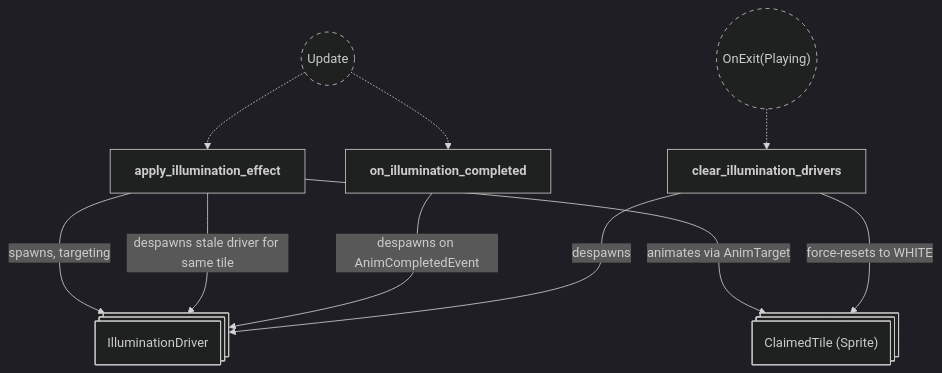
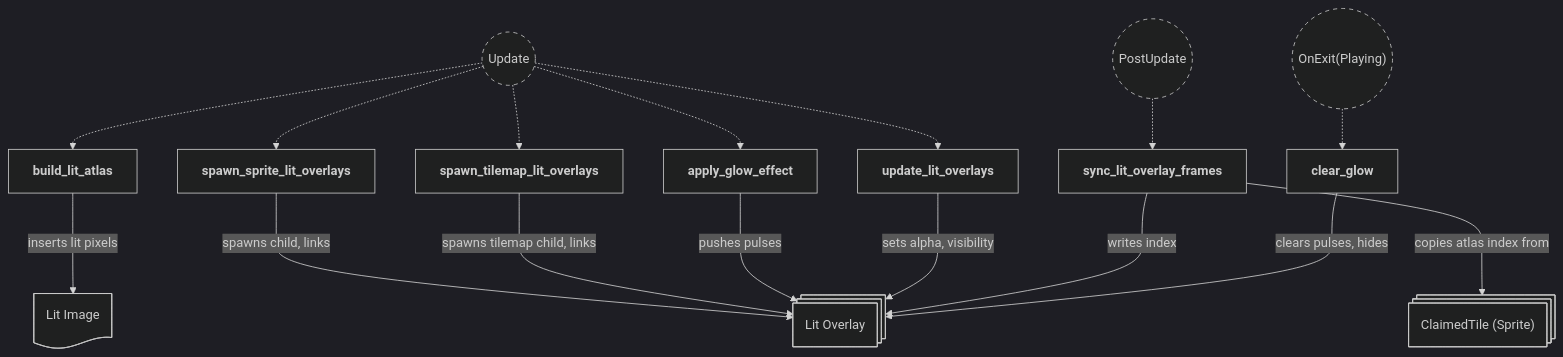
Diagram 28 of 29 in backlog/docs/doc-10 - 008-Effects-plugin.md (neurosoup/tyled), drawn with Mermaid before and after one commit. The commit also changed other lines of this file and 10 other files, not shown here.

First line of the commit message:
Feat: replace beam tile tint with a lit-overlay glow on tiles and floor

````diff
--- a/backlog/docs/doc-10 - 008-Effects-plugin.md
+++ b/backlog/docs/doc-10 - 008-Effects-plugin.md
@@ -1194,30 +1206,42 @@
 ```mermaid
 ---
 config:
   theme: dark
 ---
 
 flowchart TD
 classDef system-group stroke-dasharray: 5 5
 
 update(("`Update`")):::system-group
+post_update(("`PostUpdate`")):::system-group
 state_transition(("`OnExit(Playing)`")):::system-group
 
-apply_illumination_effect["`**apply_illumination_effect**`"]
-on_illumination_completed["`**on_illumination_completed**`"]
-clear_illumination_drivers["`**clear_illumination_drivers**`"]
+spawn_sprite_lit_overlays["`**spawn_sprite_lit_overlays**`"]
+spawn_tilemap_lit_overlays["`**spawn_tilemap_lit_overlays**`"]
+build_lit_atlas["`**build_lit_atlas**`"]
+apply_glow_effect["`**apply_glow_effect**`"]
+update_lit_overlays["`**update_lit_overlays**`"]
+sync_lit_overlay_frames["`**sync_lit_overlay_frames**`"]
+clear_glow["`**clear_glow**`"]
 
-update -.-> apply_illumination_effect
-update -.-> on_illumination_completed
-state_transition -.-> clear_illumination_drivers
+update -.-> spawn_sprite_lit_overlays
+update -.-> spawn_tilemap_lit_overlays
+update -.-> build_lit_atlas
+update -.-> apply_glow_effect
+update -.-> update_lit_overlays
+post_update -.-> sync_lit_overlay_frames
+state_transition -.-> clear_glow
 
-driver_entity@{ shape: st-rect, label: "IlluminationDriver" }
+overlay_entity@{ shape: st-rect, label: "Lit Overlay" }
 tile_entity@{ shape: st-rect, label: "ClaimedTile (Sprite)" }
+lit_image@{ shape: doc, label: "Lit Image" }
 
-apply_illumination_effect ---> |spawns, targeting| driver_entity
-apply_illumination_effect ---> |despawns stale driver for same tile| driver_entity
-apply_illumination_effect ---> |animates via AnimTarget| tile_entity
-on_illumination_completed ---> |despawns on AnimCompletedEvent| driver_entity
-clear_illumination_drivers ---> |force-resets to WHITE| tile_entity
-clear_illumination_drivers ---> |despawns| driver_entity
+spawn_sprite_lit_overlays ---> |spawns child, links| overlay_entity
+spawn_tilemap_lit_overlays ---> |spawns tilemap child, links| overlay_entity
+build_lit_atlas ---> |inserts lit pixels| lit_image
+apply_glow_effect ---> |pushes pulses| overlay_entity
+update_lit_overlays ---> |sets alpha, visibility| overlay_entity
+sync_lit_overlay_frames ---> |copies atlas index from| tile_entity
+sync_lit_overlay_frames ---> |writes index| overlay_entity
+clear_glow ---> |clears pulses, hides| overlay_entity
 ```
````
